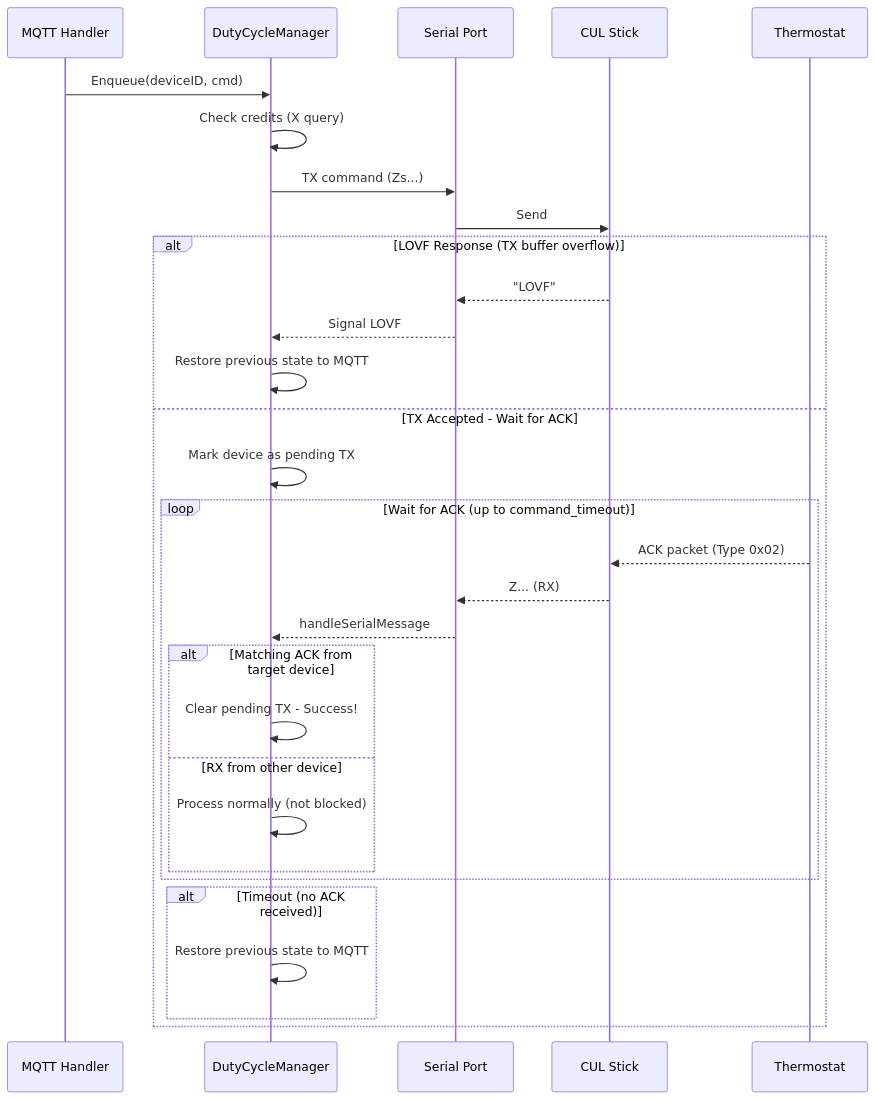
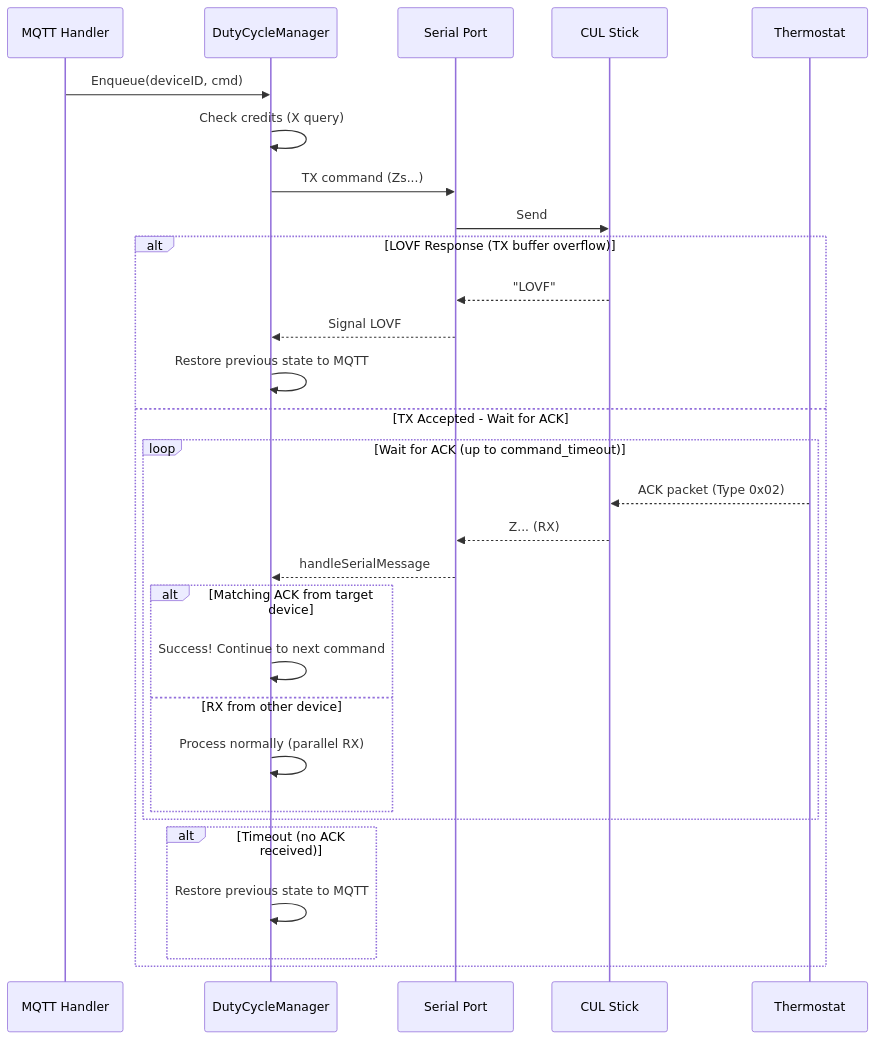
Before and after one commit to pwurbs/max2mqtt: the diagram in README.md, drawn with Mermaid. The commit also changed other lines of this file and 1 other file, not shown here.

Commit message:
fix: enable parallel transmission for different devices by making ACK waiting non-blocking for the dispatcher and rejecting commands for busy devices.

````diff
--- a/README.md
+++ b/README.md
@@ -188,34 +189,33 @@
 ```mermaid
 sequenceDiagram
     participant MQTT as MQTT Handler
     participant DM as DutyCycleManager
     participant Serial as Serial Port
     participant CUL as CUL Stick
     participant Thermo as Thermostat
 
     MQTT->>DM: Enqueue(deviceID, cmd)
     DM->>DM: Check credits (X query)
     DM->>Serial: TX command (Zs...)
     Serial->>CUL: Send
     
     alt LOVF Response (TX buffer overflow)
         CUL-->>Serial: "LOVF"
         Serial-->>DM: Signal LOVF
         DM->>DM: Restore previous state to MQTT
     else TX Accepted - Wait for ACK
-        DM->>DM: Mark device as pending TX
         loop Wait for ACK (up to command_timeout)
             Thermo-->>CUL: ACK packet (Type 0x02)
             CUL-->>Serial: Z... (RX)
             Serial-->>DM: handleSerialMessage
             alt Matching ACK from target device
-                DM->>DM: Clear pending TX - Success!
+                DM->>DM: Success! Continue to next command
             else RX from other device
-                DM->>DM: Process normally (not blocked)
+                DM->>DM: Process normally (parallel RX)
             end
         end
         alt Timeout (no ACK received)
             DM->>DM: Restore previous state to MQTT
         end
     end
 ```
````
